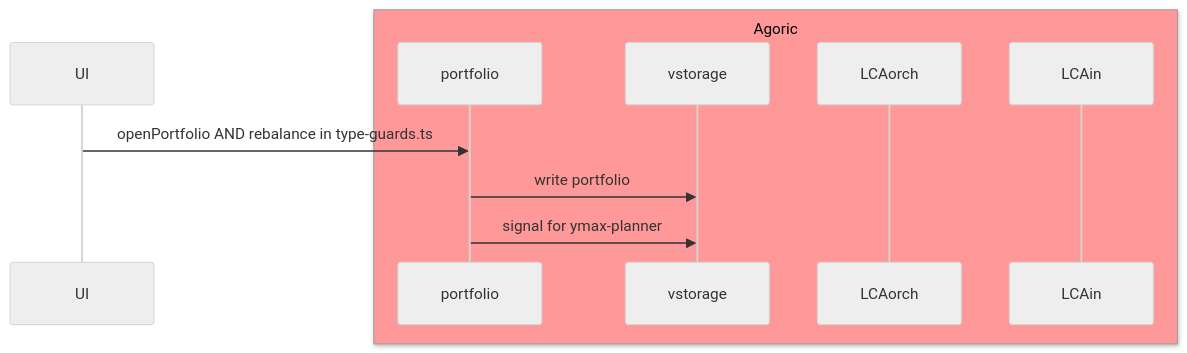
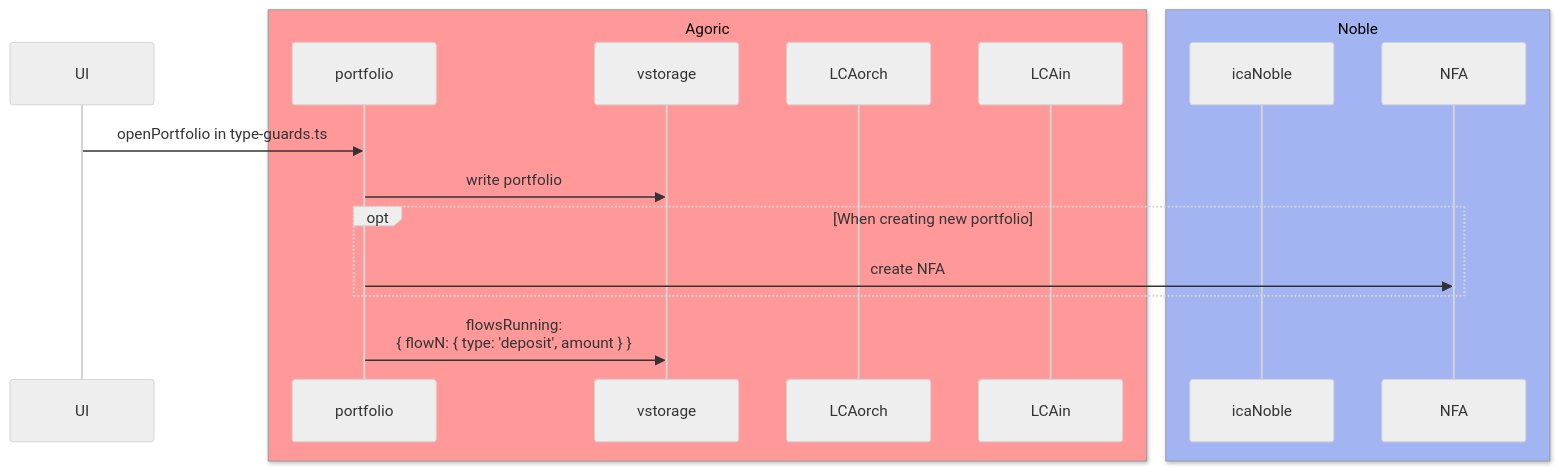
The fourth of 9 diagrams in packages/portfolio-contract/DESIGN-BETA.md (Agoric/agoric-sdk), drawn with Mermaid (neutral theme) before and after one commit. The commit also changed other lines of this file, not shown here.

Commit message:
chore(portfolio-contract): update diagrams based on feedback

````diff
--- a/packages/portfolio-contract/DESIGN-BETA.md
+++ b/packages/portfolio-contract/DESIGN-BETA.md
@@ -77,14 +81,22 @@
 ```mermaid
 sequenceDiagram
-  UI ->> portfolio: openPortfolio AND rebalance in type-guards.ts
+  UI ->> portfolio: openPortfolio in type-guards.ts
 
   box rgb(255,153,153) Agoric
     participant portfolio
     participant vstorage
     participant LCAorch
     participant LCAin
   end
 
+  box rgb(163,180,243) Noble
+    participant icaN as icaNoble
+    participant NFA as NFA
+  end
+
   portfolio ->> vstorage: write portfolio
-  portfolio ->> vstorage: signal for ymax-planner
+  opt When creating new portfolio
+    portfolio ->> NFA: create NFA
+  end
+  portfolio ->> vstorage: flowsRunning:<br/>{ flowN: { type: 'deposit', amount } }
 ```
````
